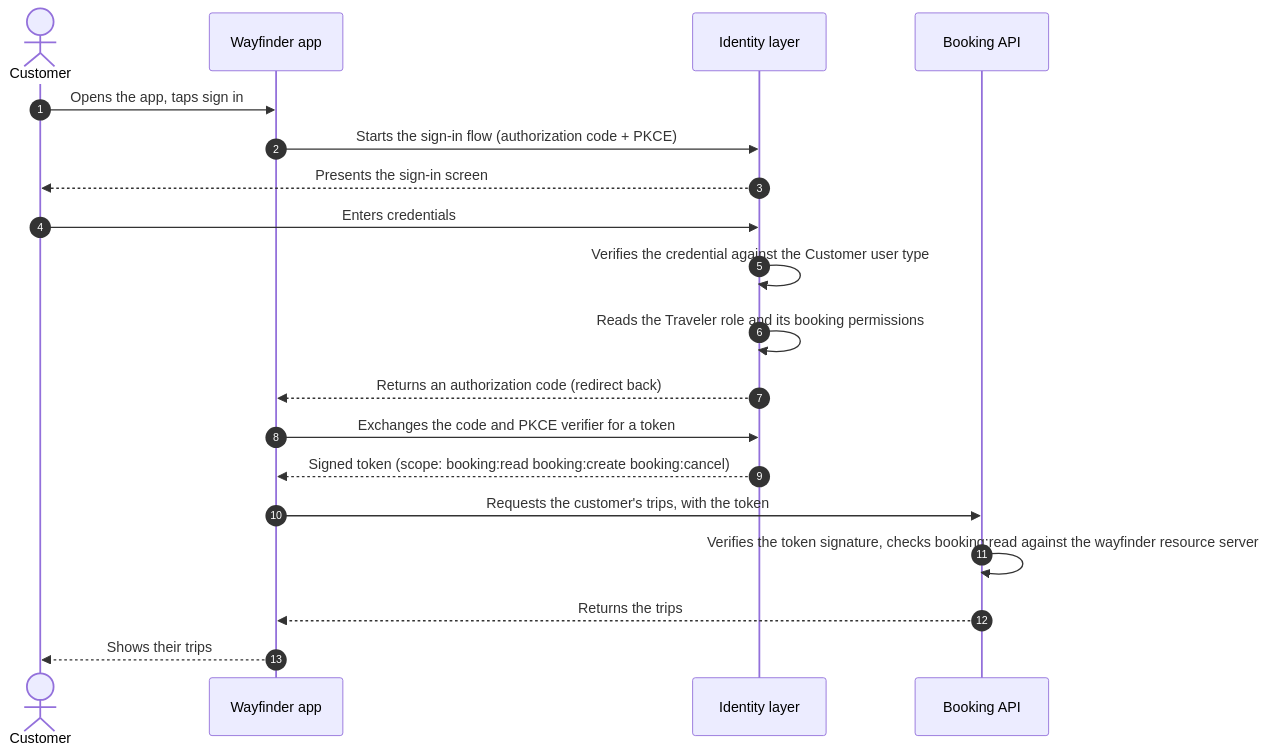
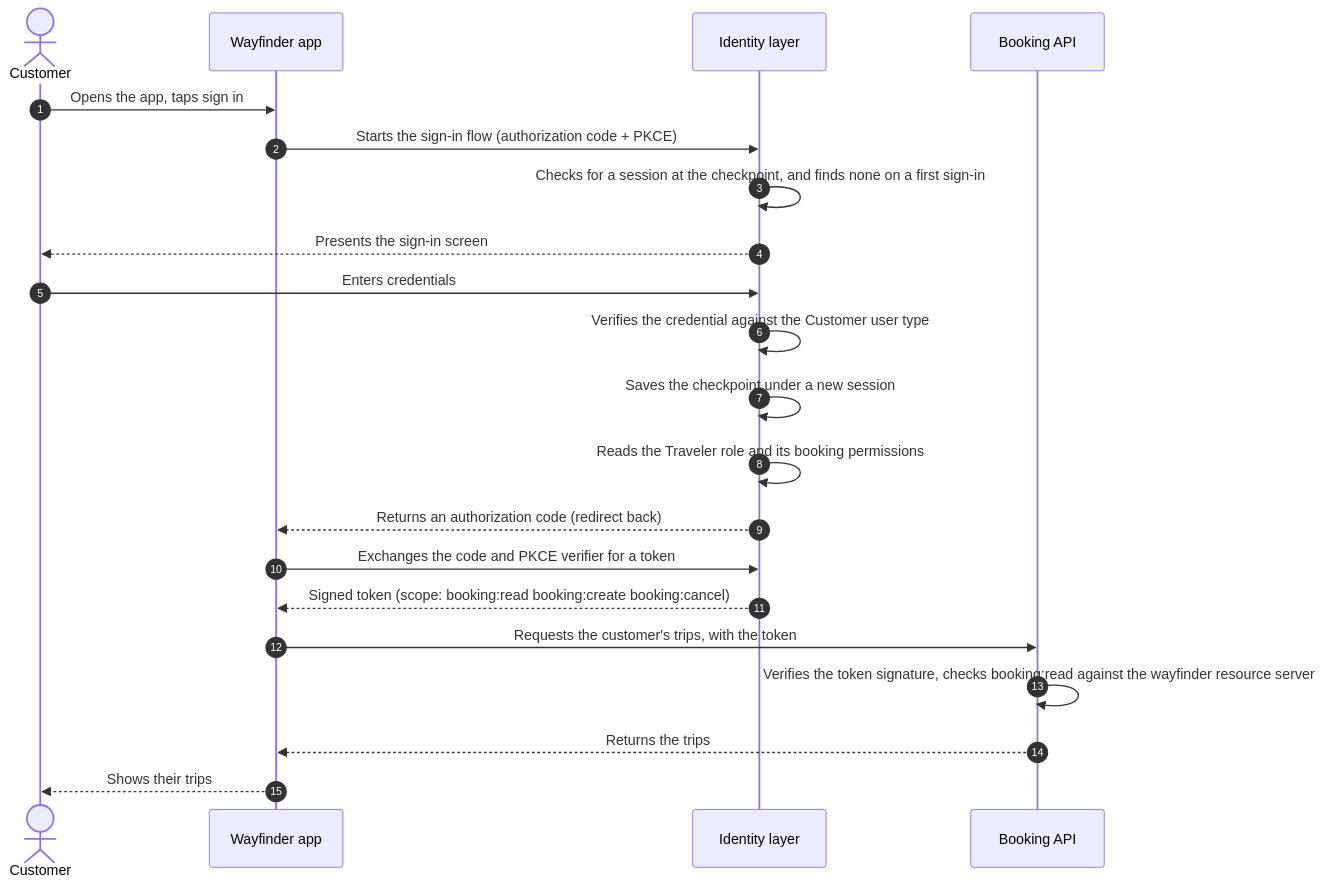
One commit to thiva-k/thunder changed the diagram in docs/content/use-cases/b2c/build-run.mdx. Above: the diagram before and after it, drawn with Mermaid. The commit also changed other lines of this file and 11 other files, not shown here.

````diff
--- a/docs/content/use-cases/b2c/build-run.mdx
+++ b/docs/content/use-cases/b2c/build-run.mdx
@@ -14,21 +14,23 @@
 ```mermaid
 sequenceDiagram
   autonumber
   actor C as Customer
   participant App as Wayfinder app
   participant IL as Identity layer
   participant API as Booking API
   C->>App: Opens the app, taps sign in
   App->>IL: Starts the sign-in flow (authorization code + PKCE)
+  IL->>IL: Checks for a session at the checkpoint, and finds none on a first sign-in
   IL-->>C: Presents the sign-in screen
   C->>IL: Enters credentials
   IL->>IL: Verifies the credential against the Customer user type
+  IL->>IL: Saves the checkpoint under a new session
   IL->>IL: Reads the Traveler role and its booking permissions
   IL-->>App: Returns an authorization code (redirect back)
   App->>IL: Exchanges the code and PKCE verifier for a token
   IL-->>App: Signed token (scope: booking:read booking:create booking:cancel)
   App->>API: Requests the customer's trips, with the token
   API->>API: Verifies the token signature, checks booking:read against the wayfinder resource server
   API-->>App: Returns the trips
   App-->>C: Shows their trips
 ```
````
